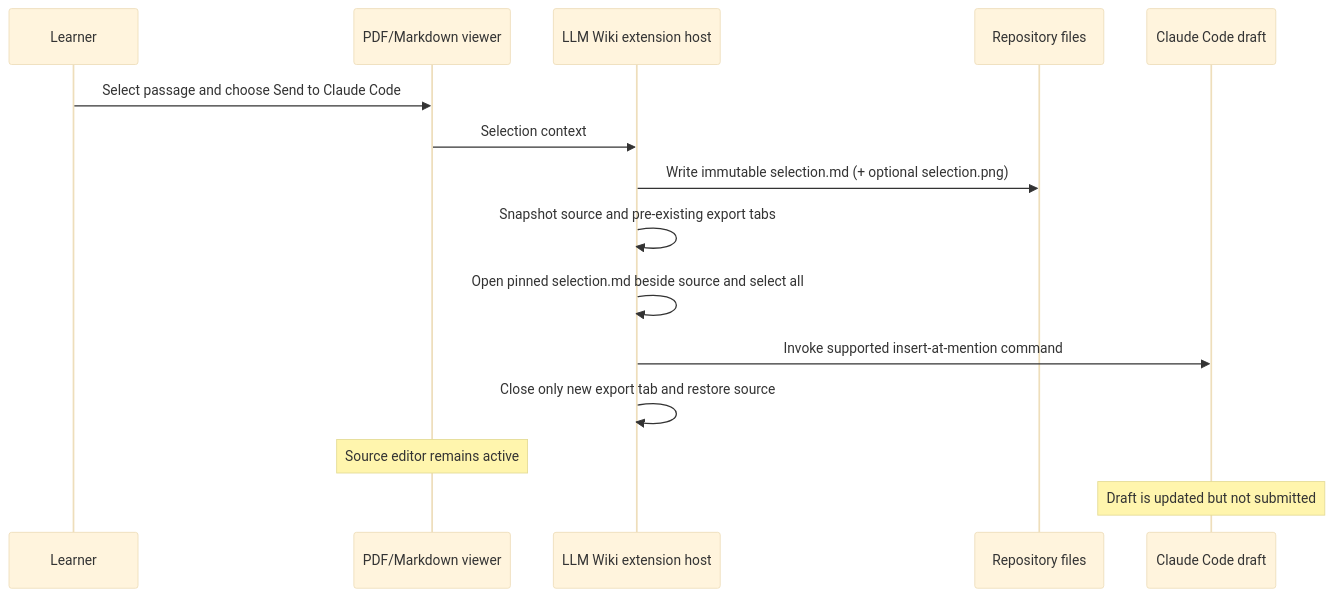
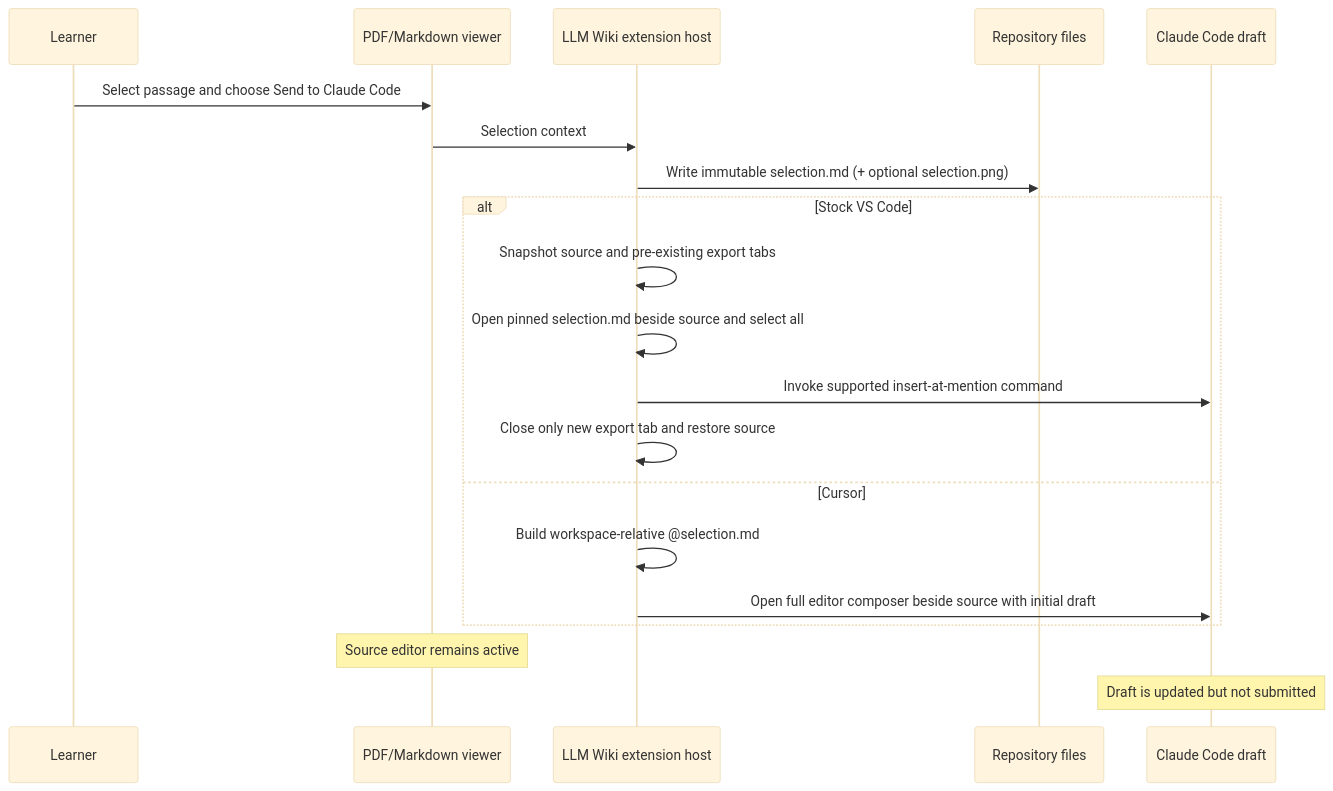
One commit to t04dJ14n9/vscode-llm-wiki changed the diagram in docs/superpowers/specs/2026-08-13-claude-direct-selection-handoff-design.md. Above: the diagram before and after it, drawn with Mermaid (base theme). The commit also changed other lines of this file and 4 other files, not shown here.

Commit message:
fix: open Claude editor directly in Cursor

````diff
--- a/docs/superpowers/specs/2026-08-13-claude-direct-selection-handoff-design.md
+++ b/docs/superpowers/specs/2026-08-13-claude-direct-selection-handoff-design.md
@@ -116,18 +149,23 @@
 ```mermaid
 sequenceDiagram
     participant Learner
     participant Viewer as PDF/Markdown viewer
     participant Host as LLM Wiki extension host
     participant FS as Repository files
     participant Claude as Claude Code draft
 
     Learner->>Viewer: Select passage and choose Send to Claude Code
     Viewer->>Host: Selection context
     Host->>FS: Write immutable selection.md (+ optional selection.png)
-    Host->>Host: Snapshot source and pre-existing export tabs
-    Host->>Host: Open pinned selection.md beside source and select all
-    Host->>Claude: Invoke supported insert-at-mention command
-    Host->>Host: Close only new export tab and restore source
+    alt Stock VS Code
+        Host->>Host: Snapshot source and pre-existing export tabs
+        Host->>Host: Open pinned selection.md beside source and select all
+        Host->>Claude: Invoke supported insert-at-mention command
+        Host->>Host: Close only new export tab and restore source
+    else Cursor
+        Host->>Host: Build workspace-relative @selection.md#1-N reference
+        Host->>Claude: Open full editor composer beside source with initial draft
+    end
     Note over Viewer: Source editor remains active
     Note over Claude: Draft is updated but not submitted
 ```
````
